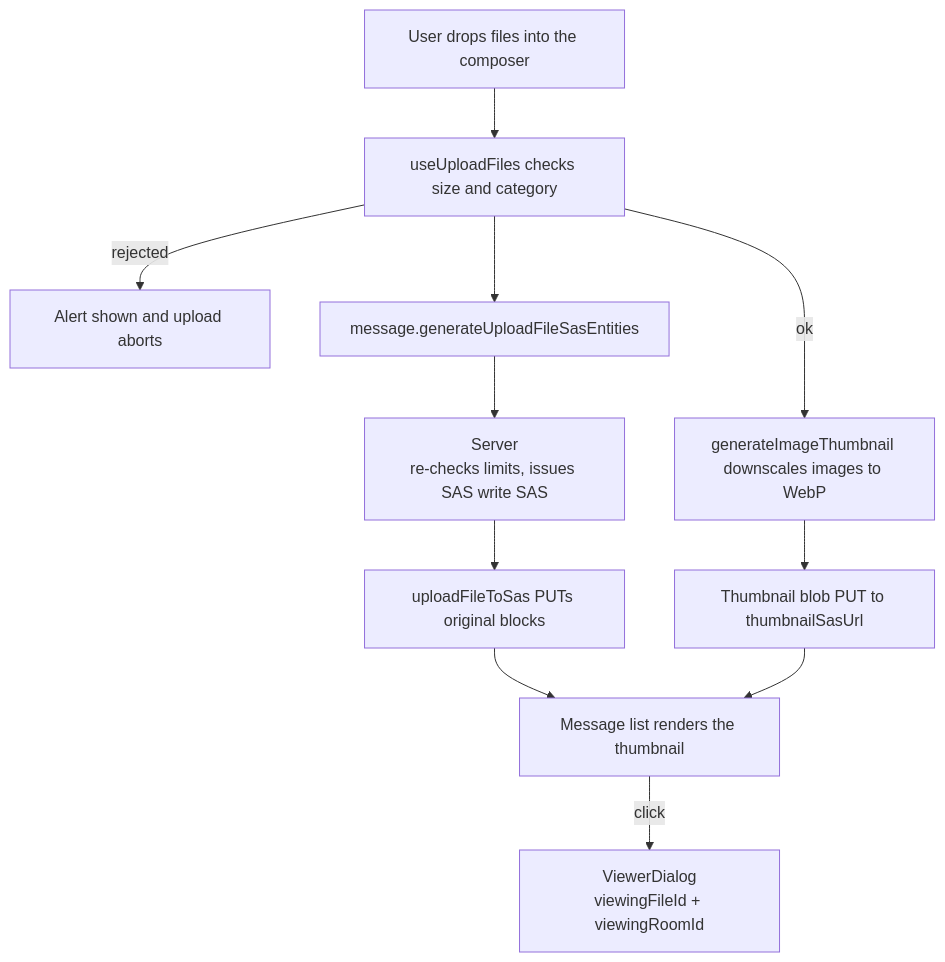
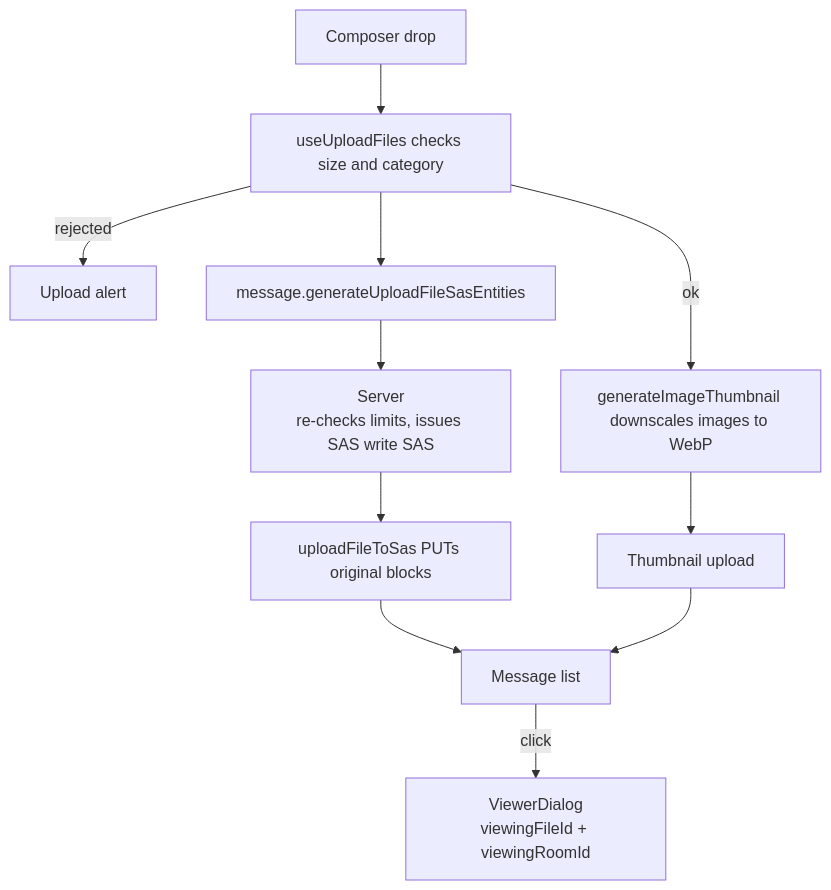
Before and after one commit to Esposter/Esposter: the diagram in openspec/specs/esbabbler/file-media/design.md, drawn with Mermaid. The commit also changed other lines of this file and 6 other files, not shown here.

````diff
--- a/openspec/specs/esbabbler/file-media/design.md
+++ b/openspec/specs/esbabbler/file-media/design.md
@@ -22,13 +22,13 @@
 ```mermaid
 flowchart TD
-  drop[User drops files into the composer] --> validate[useUploadFiles checks size and category]
-  validate -->|rejected| alert[Alert shown and upload aborts]
+  drop["Composer drop"] --> validate[useUploadFiles checks size and category]
+  validate -->|rejected| alert["Upload alert"]
   validate -->|ok| thumb[generateImageThumbnail downscales images to WebP]
   validate --> sas[message.generateUploadFileSasEntities]
   sas --> enforce[Server<br/>re-checks limits, issues SAS write SAS]
   enforce --> upload[uploadFileToSas PUTs original blocks]
-  thumb --> upthumb[Thumbnail blob PUT to thumbnailSasUrl]
-  upload --> render[Message list renders the thumbnail]
+  thumb --> upthumb["Thumbnail upload"]
+  upload --> render["Message list"]
   upthumb --> render
   render -->|click| viewer["ViewerDialog<br/>viewingFileId + viewingRoomId"]
 ```
````
